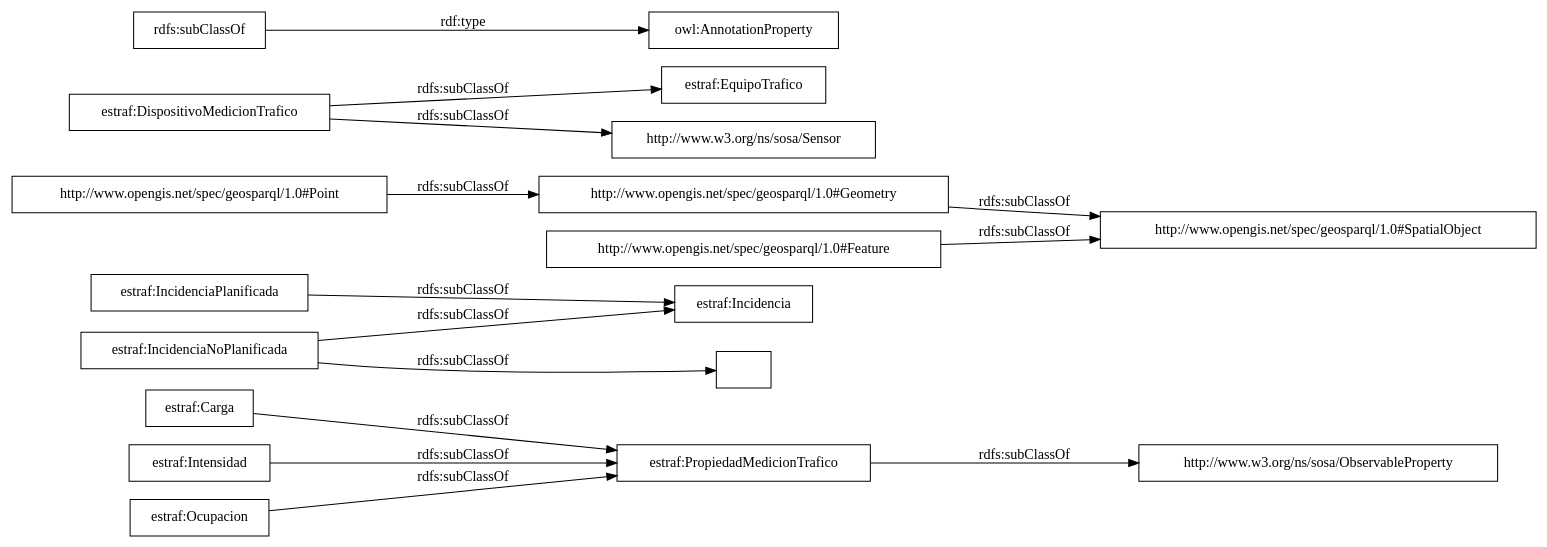
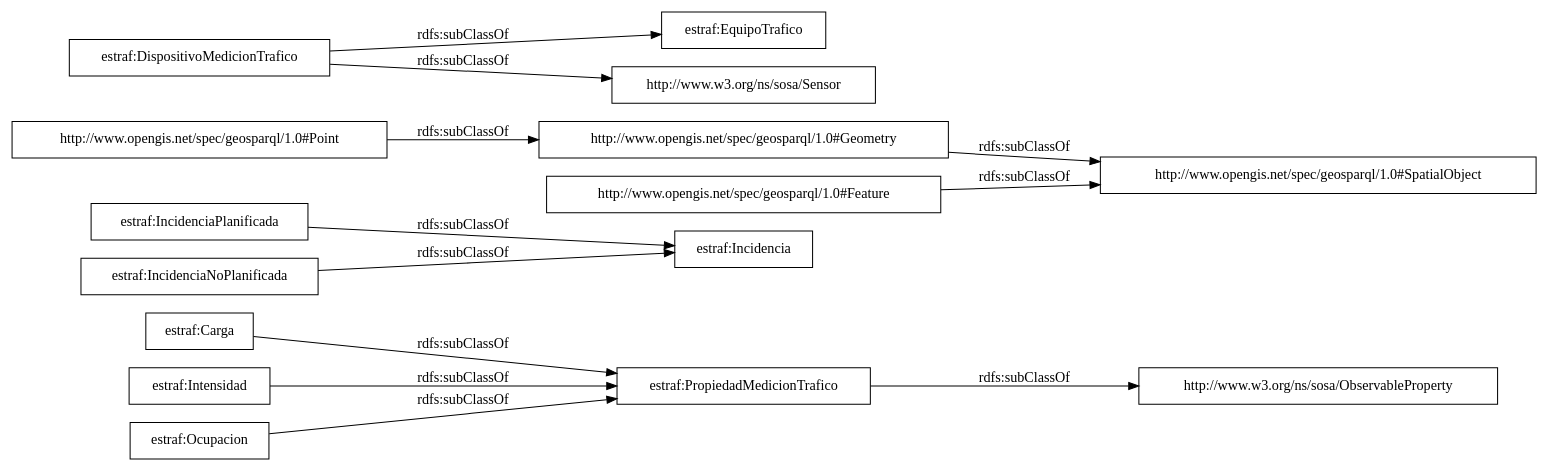
One commit to CiudadesAbiertas/vocab-transporte-trafico changed the diagram in OnToology/Ontology/trafico.owl/diagrams/ar2dtool-taxonomy/trafico.owl.png.dot. Above: the diagram before and after it, drawn with Graphviz. The commit also changed 13 other files, not shown here.

```diff
--- a/OnToology/Ontology/trafico.owl/diagrams/ar2dtool-taxonomy/trafico.owl.png.dot
+++ b/OnToology/Ontology/trafico.owl/diagrams/ar2dtool-taxonomy/trafico.owl.png.dot
@@ -1,20 +1,17 @@
 digraph ar2dtool_diagram { 
 rankdir=LR;
 size="1000"
 node [shape = rectangle, color="black"]; "estraf:Carga" "http://www.w3.org/ns/sosa/ObservableProperty" "estraf:Incidencia" "http://www.opengis.net/spec/geosparql/1.0#SpatialObject" "estraf:PropiedadMedicionTrafico" "estraf:EquipoTrafico" "estraf:DispositivoMedicionTrafico" "http://www.opengis.net/spec/geosparql/1.0#Point" "estraf:Intensidad" "http://www.opengis.net/spec/geosparql/1.0#Geometry" "estraf:IncidenciaPlanificada" "http://www.w3.org/ns/sosa/Sensor" "estraf:Ocupacion" "estraf:IncidenciaNoPlanificada" "http://www.opengis.net/spec/geosparql/1.0#Feature" ; /*classes style*/
-node [shape = rectangle, color="black"]; "" ; /*literals style*/
 	"http://www.opengis.net/spec/geosparql/1.0#Geometry" -> "http://www.opengis.net/spec/geosparql/1.0#SpatialObject" [ label = "rdfs:subClassOf" ];
 	"estraf:Carga" -> "estraf:PropiedadMedicionTrafico" [ label = "rdfs:subClassOf" ];
-	"estraf:IncidenciaNoPlanificada" -> "" [ label = "rdfs:subClassOf" ];
 	"estraf:IncidenciaNoPlanificada" -> "estraf:Incidencia" [ label = "rdfs:subClassOf" ];
 	"http://www.opengis.net/spec/geosparql/1.0#Point" -> "http://www.opengis.net/spec/geosparql/1.0#Geometry" [ label = "rdfs:subClassOf" ];
-	"rdfs:subClassOf" -> "owl:AnnotationProperty" [ label = "rdf:type" ];
 	"estraf:Ocupacion" -> "estraf:PropiedadMedicionTrafico" [ label = "rdfs:subClassOf" ];
 	"estraf:IncidenciaPlanificada" -> "estraf:Incidencia" [ label = "rdfs:subClassOf" ];
 	"http://www.opengis.net/spec/geosparql/1.0#Feature" -> "http://www.opengis.net/spec/geosparql/1.0#SpatialObject" [ label = "rdfs:subClassOf" ];
 	"estraf:PropiedadMedicionTrafico" -> "http://www.w3.org/ns/sosa/ObservableProperty" [ label = "rdfs:subClassOf" ];
 	"estraf:DispositivoMedicionTrafico" -> "http://www.w3.org/ns/sosa/Sensor" [ label = "rdfs:subClassOf" ];
 	"estraf:DispositivoMedicionTrafico" -> "estraf:EquipoTrafico" [ label = "rdfs:subClassOf" ];
 	"estraf:Intensidad" -> "estraf:PropiedadMedicionTrafico" [ label = "rdfs:subClassOf" ];
 
 }
```
